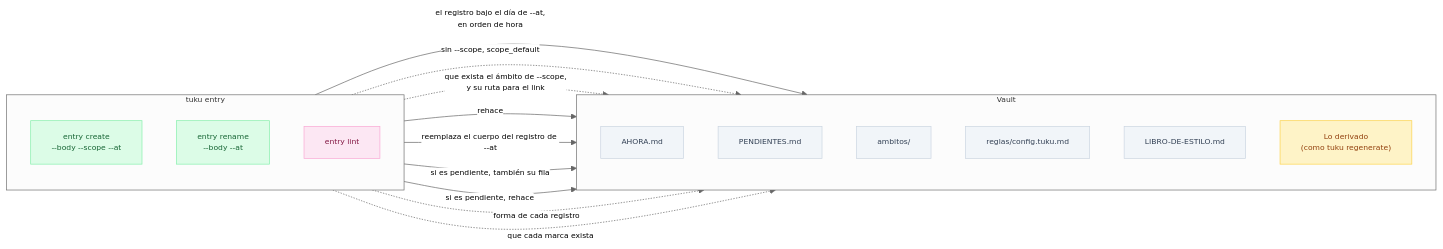
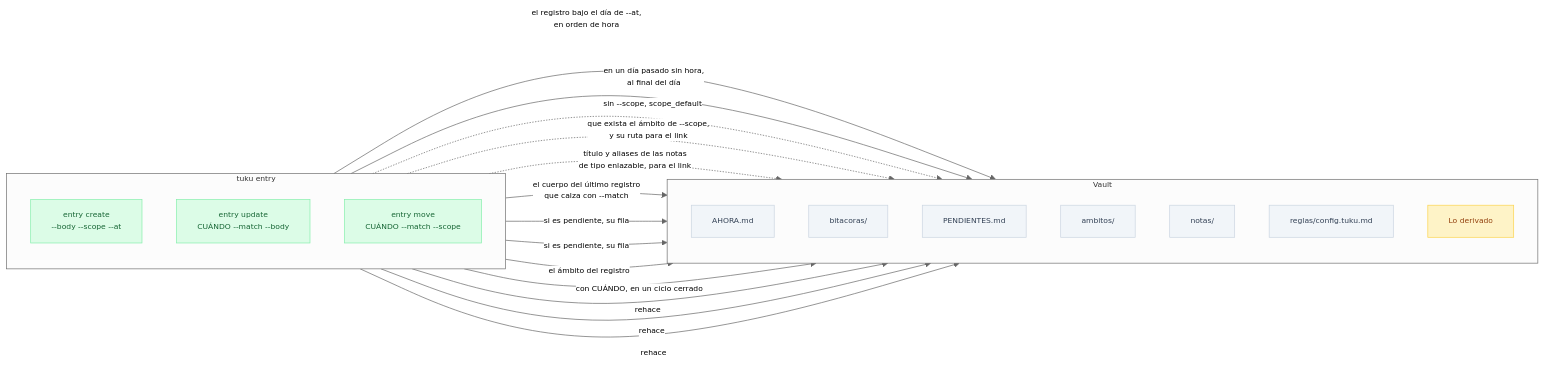
The third of 8 diagrams in spec/tuku.md (pewma-ai/tuku), drawn with Mermaid before and after one commit. The commit also changed other lines of this file and 73 other files, not shown here.

````diff
--- a/spec/tuku.md
+++ b/spec/tuku.md
@@ -7,39 +104,38 @@
 ```mermaid
 %%{init: {'flowchart': {'useMaxWidth': true}, 'theme': 'neutral', 'themeVariables': {'fontSize': '11px'}}}%%
 flowchart LR
     subgraph CMD["tuku entry"]
         direction TB
         EC["entry create<br/>--body --scope --at"]
-        ER["entry rename<br/>--body --at"]
-        EL["entry lint"]
+        EU["entry update<br/>CUÁNDO --match --body"]
+        EM["entry move<br/>CUÁNDO --match --scope"]
     end
     subgraph VAULT["Vault"]
         direction TB
         AH["AHORA.md"]
+        BI["bitacoras/"]
         PE["PENDIENTES.md"]
         AM["ambitos/"]
+        NO["notas/"]
         CF["reglas/config.tuku.md"]
-        LE["LIBRO-DE-ESTILO.md"]
-        DER["Lo derivado<br/>(como tuku regenerate)"]
+        DER["Lo derivado"]
     end
 
     EC -->|"el registro bajo el día de --at,<br/>en orden de hora"| AH
+    EC -->|"en un día pasado sin hora,<br/>al final del día"| AH
     EC -.->|"sin --scope, scope_default"| CF
     EC -.->|"que exista el ámbito de --scope,<br/>y su ruta para el link"| AM
-    EC -->|"rehace"| DER
-    ER -->|"reemplaza el cuerpo del registro de --at"| AH
-    ER -->|"si es pendiente, también su fila"| PE
-    ER -->|"si es pendiente, rehace"| DER
-    EL -.->|"forma de cada registro"| AH
-    EL -.->|"que cada marca exista"| LE
+    EC -.->|"título y aliases de las notas<br/>de tipo enlazable, para el link"| NO
+    EU -->|"el cuerpo del último registro<br/>que calza con --match"| AH
+    EU & EM -->|"si es pendiente, su fila"| PE
+    EM -->|"el ámbito del registro"| AH
+    EM -->|"con CUÁNDO, en un ciclo cerrado"| BI
+    EC & EU & EM -->|"rehace"| DER
 
-    style EC fill:#dcfce7,color:#166534,stroke:#86efac
-    style ER fill:#dcfce7,color:#166534,stroke:#86efac
-    style EL fill:#fce7f3,color:#831843,stroke:#f9a8d4
-    style AH fill:#f1f5f9,color:#334155,stroke:#cbd5e1
-    style PE fill:#f1f5f9,color:#334155,stroke:#cbd5e1
-    style AM fill:#f1f5f9,color:#334155,stroke:#cbd5e1
-    style CF fill:#f1f5f9,color:#334155,stroke:#cbd5e1
-    style LE fill:#f1f5f9,color:#334155,stroke:#cbd5e1
-    style DER fill:#fef3c7,color:#92400e,stroke:#fcd34d
+    classDef escribe fill:#dcfce7,color:#166534,stroke:#86efac
+    classDef archivo fill:#f1f5f9,color:#334155,stroke:#cbd5e1
+    classDef derivado fill:#fef3c7,color:#92400e,stroke:#fcd34d
+    class EC,EU,EM escribe
+    class AH,BI,PE,AM,NO,CF archivo
+    class DER derivado
 ```
````
